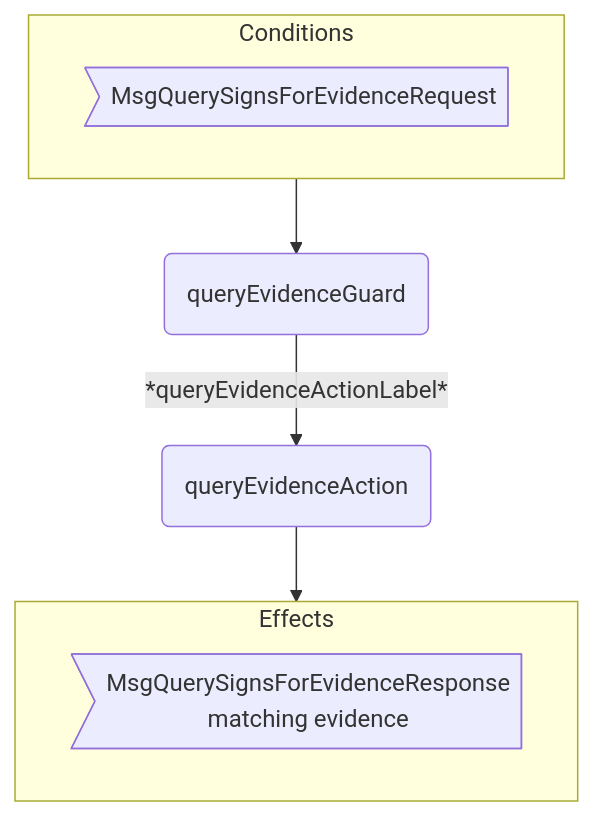
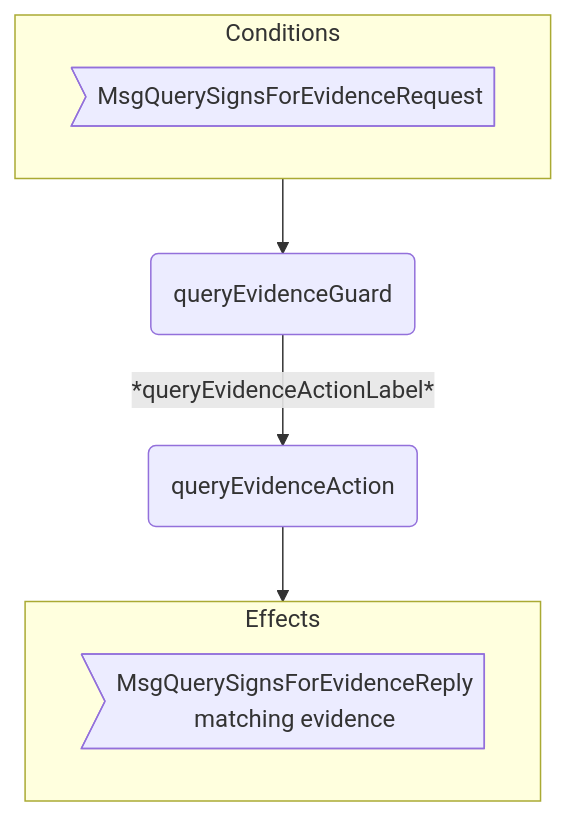
The third of 3 diagrams in docs/arch/node/engines/signs_for_behaviour.juvix.md (anoma/nspec), drawn with Mermaid before and after one commit. The commit also changed other lines of this file and 37 other files, not shown here.

Commit message:
Renamed all instances of "Response" to "Reply" in message interfaces for consistency across commitment, decryption, identity management, and other engines.

````diff
--- a/docs/arch/node/engines/signs_for_behaviour.juvix.md
+++ b/docs/arch/node/engines/signs_for_behaviour.juvix.md
@@ -580,15 +580,15 @@
 ```mermaid
 flowchart TD
   subgraph C[Conditions]
     CMsg>MsgQuerySignsForEvidenceRequest]
   end
 
   G(queryEvidenceGuard)
   A(queryEvidenceAction)
 
   C --> G -- *queryEvidenceActionLabel* --> A --> E
 
   subgraph E[Effects]
-    EMsg>MsgQuerySignsForEvidenceResponse<br/>matching evidence]
+    EMsg>MsgQuerySignsForEvidenceReply<br/>matching evidence]
   end
 ```
````
